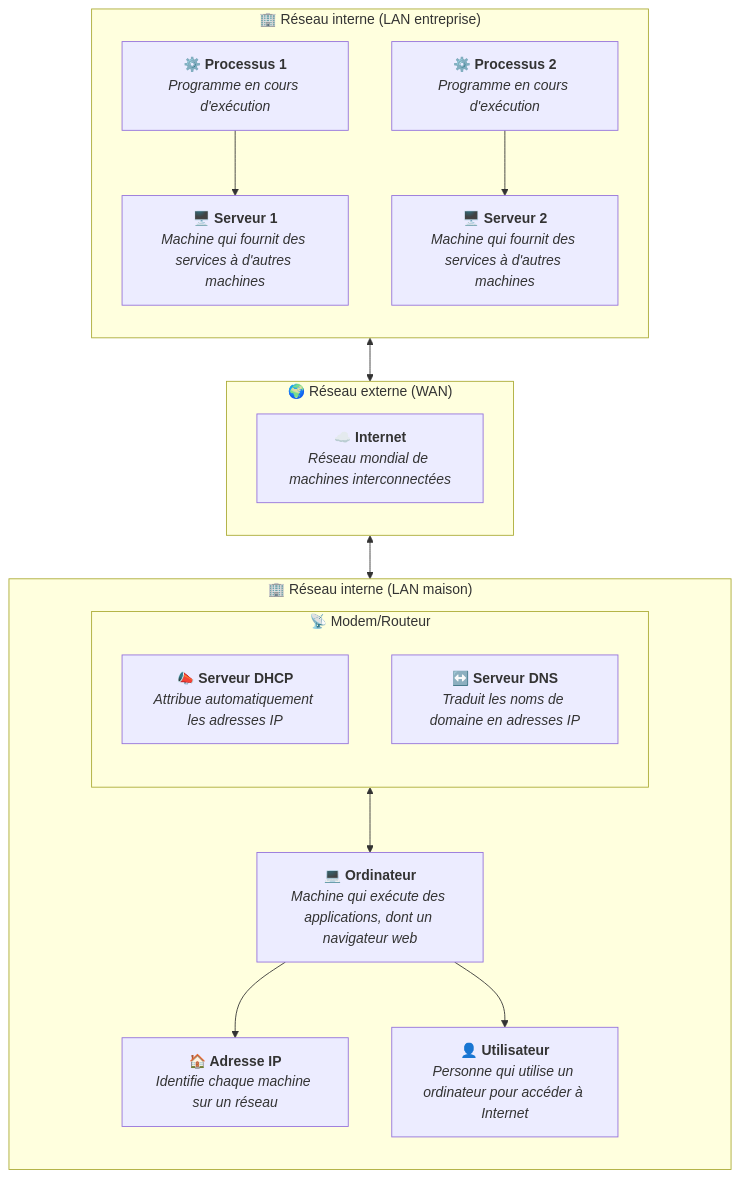
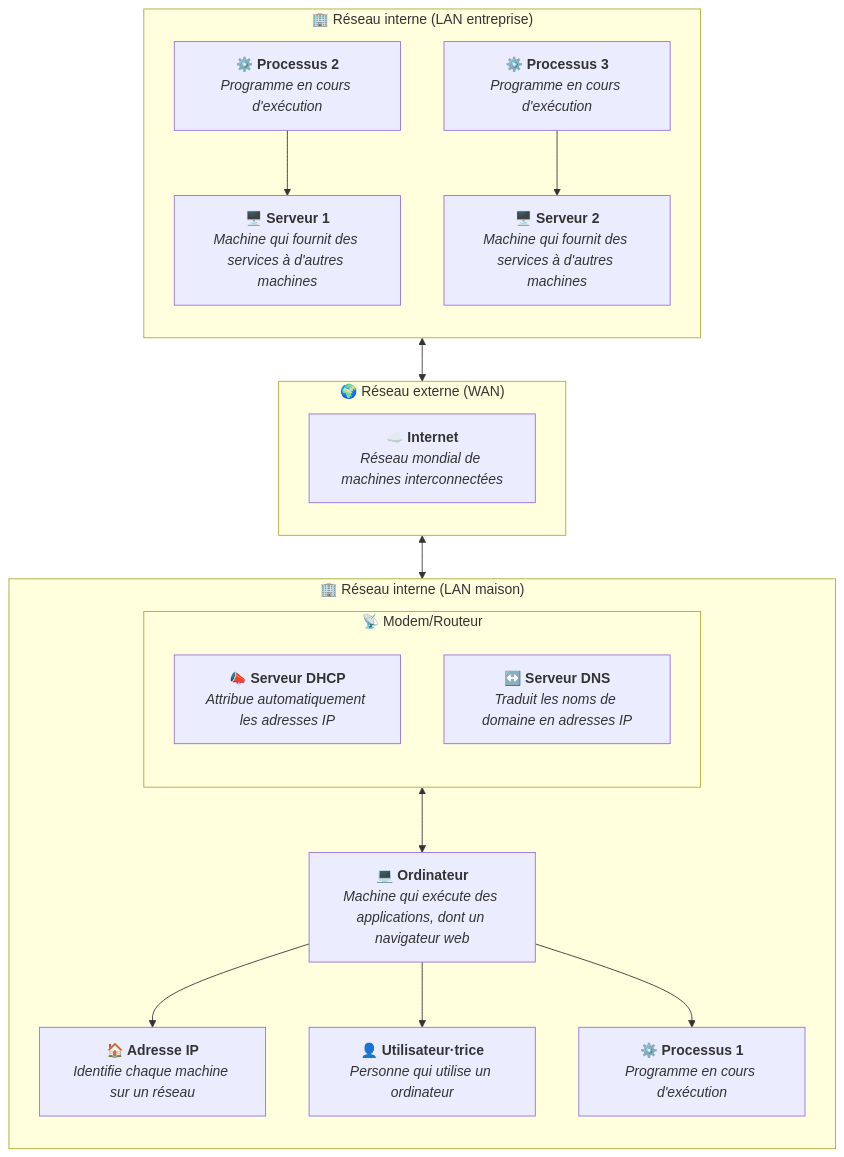
One commit to heig-vd-upinfo-course/heig-vd-upinfo-course changed the first of 2 diagrams in src/content/docs/04-communications-reseaux-et-internet/07-definition-dun-processus.mdx. Above: the diagram before and after it, drawn with Mermaid. The commit also changed other lines of this file and 7 other files, not shown here.

Commit message:
Finalisation des diagrammes

````diff
--- a/src/content/docs/04-communications-reseaux-et-internet/07-definition-dun-processus.mdx
+++ b/src/content/docs/04-communications-reseaux-et-internet/07-definition-dun-processus.mdx
@@ -38,73 +38,78 @@
 ```mermaid
 flowchart
   IP["`
     **🏠 Adresse IP**
     _Identifie chaque machine sur un réseau_
   `"]
   DHCP["`
     **📣 Serveur DHCP**
     _Attribue automatiquement les adresses IP_
   `"]
   DNS["`
     **↔️ Serveur DNS**
     _Traduit les noms de domaine en adresses IP_
   `"]
   Process1["`
     **⚙️ Processus 1**
     _Programme en cours d'exécution_
   `"]
   Process2["`
     **⚙️ Processus 2**
     _Programme en cours d'exécution_
   `"]
+  Process3["`
+    **⚙️ Processus 3**
+    _Programme en cours d'exécution_
+  `"]
   Computer["`
     **💻 Ordinateur**
     _Machine qui exécute des applications, dont un navigateur web_
   `"]
   Server1["`
     **🖥️ Serveur 1**
     _Machine qui fournit des services à d'autres machines_
   `"]
   Server2["`
     **🖥️ Serveur 2**
     _Machine qui fournit des services à d'autres machines_
   `"]
   Internet["`
     **☁️ Internet**
     _Réseau mondial de machines interconnectées_
   `"]
   User["`
-    **👤 Utilisateur**
-    _Personne qui utilise un ordinateur pour accéder à Internet_
+    **👤 Utilisateur·trice**
+    _Personne qui utilise un ordinateur_
   `"]
 
   subgraph LAN_1["🏢 Réseau interne (LAN entreprise)"]
     direction TB
 
-    Process1 --> Server1
-    Process2 --> Server2
+    Process2 --> Server1
+    Process3 --> Server2
   end
 
   subgraph WAN["🌍 Réseau externe (WAN)"]
     direction TB
 
     Internet
   end
 
   subgraph LAN_2["🏢 Réseau interne (LAN maison)"]
     direction TB
 
     subgraph Modem["📡 Modem/Routeur"]
       direction TB
 
       DHCP
       DNS
     end
 
     Modem <--> Computer
     Computer --> IP
     Computer --> User
+    Computer --> Process1
   end
 
   LAN_1 <--> WAN <--> LAN_2
 ```
````
